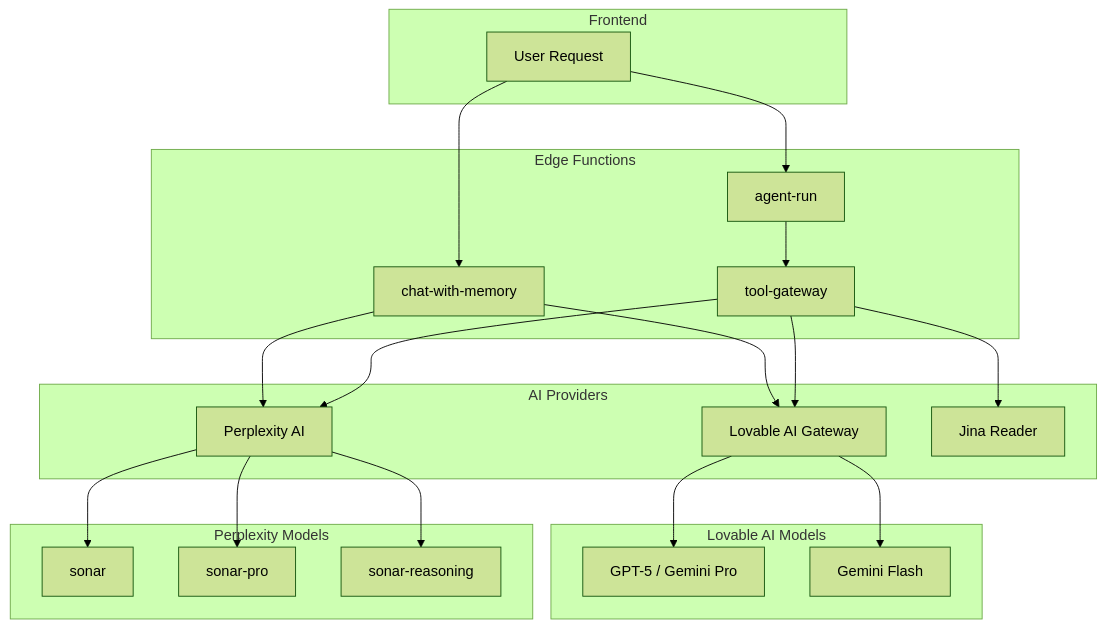
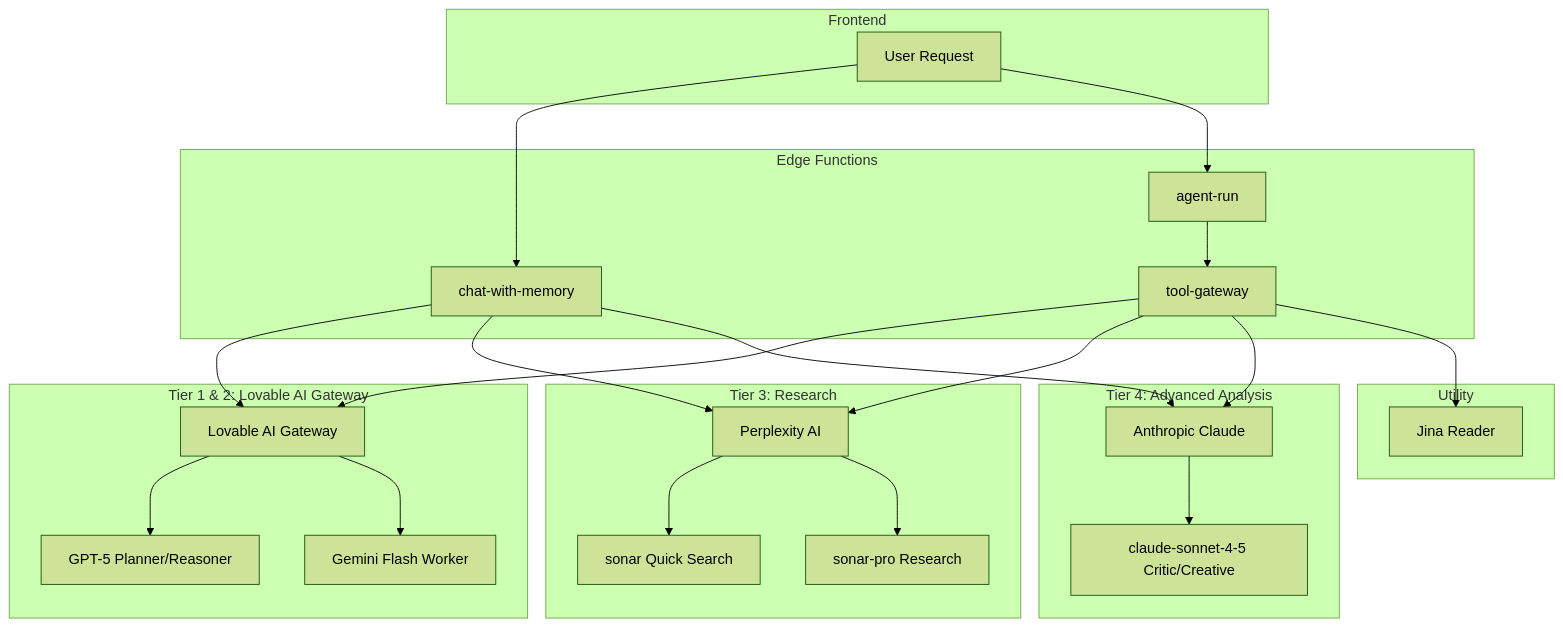
Before and after one commit to HelloAtlasAI/helloatlas: the diagram in docs/API.md, drawn with Mermaid (forest theme). The commit also changed other lines of this file and 3 other files, not shown here.

````diff
--- a/docs/API.md
+++ b/docs/API.md
@@ -30,38 +30,44 @@
 ```mermaid
 graph TB
     subgraph "Frontend"
         A[User Request]
     end
     
     subgraph "Edge Functions"
         B[chat-with-memory]
         C[agent-run]
         D[tool-gateway]
     end
     
-    subgraph "AI Providers"
+    subgraph "Tier 1 & 2: Lovable AI Gateway"
         E[Lovable AI Gateway]
-        F[Perplexity AI]
-        G[Jina Reader]
+        E --> H[GPT-5 Planner/Reasoner]
+        E --> I[Gemini Flash Worker]
     end
     
-    subgraph "Lovable AI Models"
-        E --> H[GPT-5 / Gemini Pro]
-        E --> I[Gemini Flash]
+    subgraph "Tier 3: Research"
+        F[Perplexity AI]
+        F --> J[sonar Quick Search]
+        F --> K[sonar-pro Research]
     end
     
-    subgraph "Perplexity Models"
-        F --> J[sonar]
-        F --> K[sonar-pro]
-        F --> L[sonar-reasoning]
+    subgraph "Tier 4: Advanced Analysis"
+        M[Anthropic Claude]
+        M --> N[claude-sonnet-4-5 Critic/Creative]
+    end
+    
+    subgraph "Utility"
+        G[Jina Reader]
     end
     
     A --> B
     A --> C
     B --> E
     B --> F
+    B --> M
     C --> D
     D --> E
     D --> F
+    D --> M
     D --> G
 ```
````
